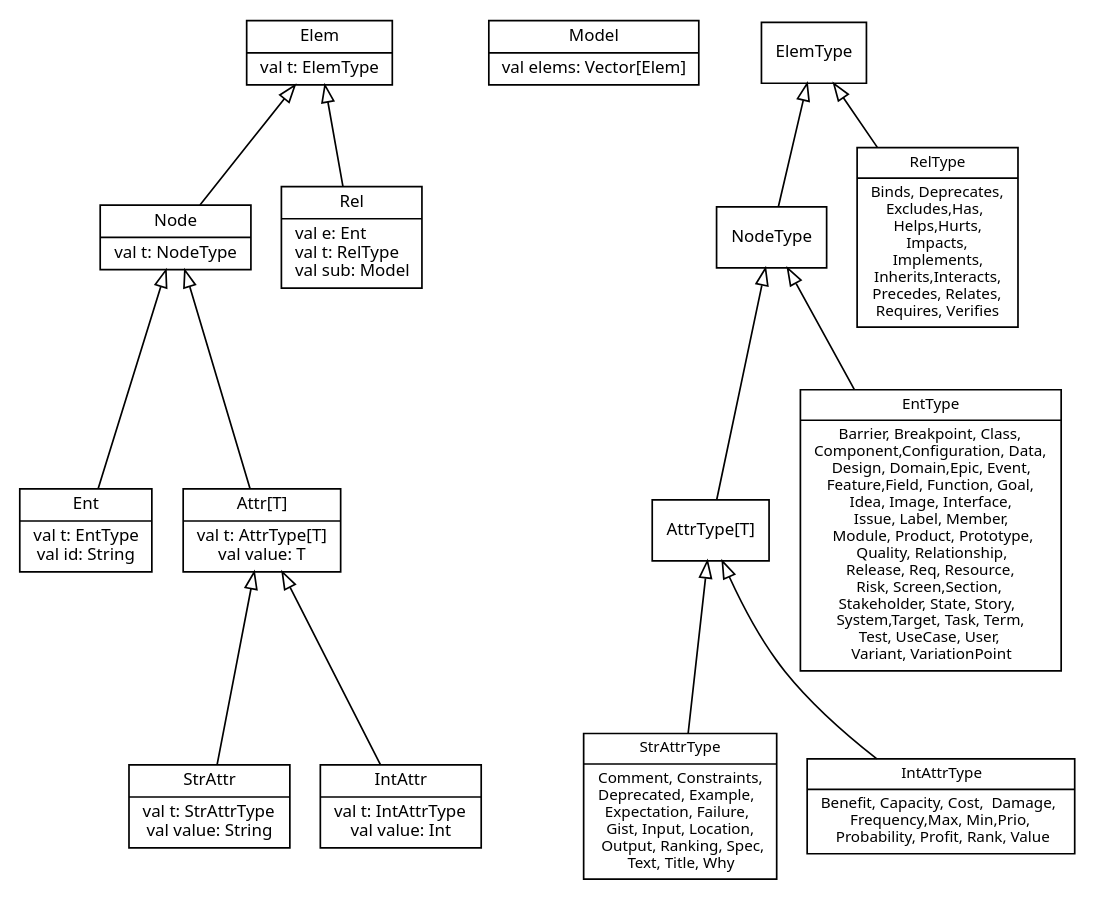
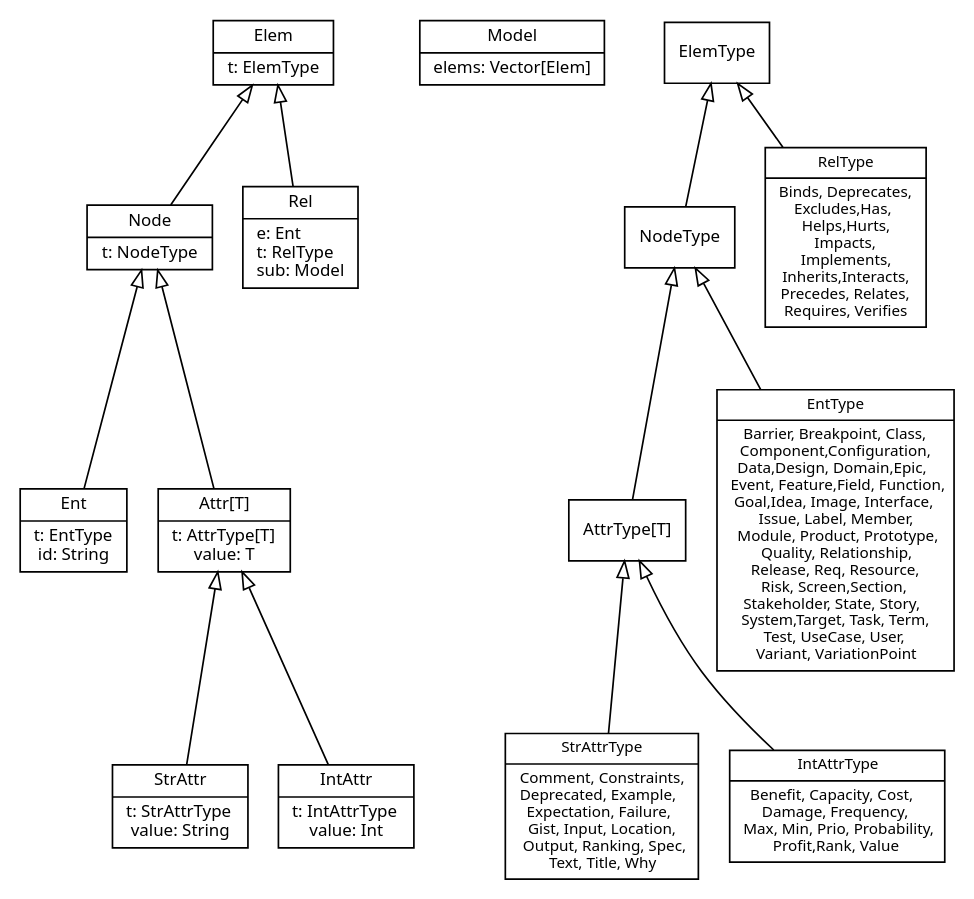
One commit to reqT/reqT-lang changed the diagram in metamodel-hierarchy.dot. Above: the diagram before and after it, drawn with Graphviz.

Commit message:
simplify metamodel diagram, remove val

```diff
--- a/metamodel-hierarchy.dot
+++ b/metamodel-hierarchy.dot
@@ -1,70 +1,70 @@
 digraph G { /* dot -T pdf -o metamodel.pdf metamodel.dot */
   fontname = "Sans"
   fontsize = 10
   rankdir = "BT"
   ordering = "out"
   nojustify = true
 
   node [
     fontname = "Sans"
     fontsize = 10
     shape = "record"
   ]
 
   edge [
     arrowhead = "empty"
   ]
  
   { rank = same;  Elem; Model; ElemType;}
   { rank = same; Node_; Rel; }
   { rank = same;  Ent; Attr;  AttrType; }
 
-  Model [label = "{Model|val elems: Vector[Elem]}" constraint=false]
-  Node_ [label = "{Node|val t: NodeType}"]
-  Ent [label = "{Ent|val t: EntType\lval id: String}"]
-  Rel [label = "{Rel|val e: Ent\lval t: RelType\lval sub: Model\l }"]
-  Attr [label = "{Attr[T]|val t: AttrType[T]\lval value: T}"]
-  StrAttr [label = "{StrAttr|val t: StrAttrType\lval value: String}"]
-  IntAttr [label = "{IntAttr|val t: IntAttrType\lval value: Int}"]
+  Model [label = "{Model|elems: Vector[Elem]}" constraint=false]
+  Node_ [label = "{Node|t: NodeType}"]
+  Ent [label = "{Ent|t: EntType\lid: String}"]
+  Rel [label = "{Rel|e: Ent\lt: RelType\lsub: Model\l }"]
+  Attr [label = "{Attr[T]|t: AttrType[T]\lvalue: T}"]
+  StrAttr [label = "{StrAttr|t: StrAttrType\lvalue: String}"]
+  IntAttr [label = "{IntAttr|t: IntAttrType\lvalue: Int}"]
 
-  Elem [label = "{Elem|val t: ElemType}"]
+  Elem [label = "{Elem|t: ElemType}"]
   NodeType [label = "{NodeType}"]
 
-  EntType[label = <{EntType|Barrier, Breakpoint, Class,<BR/> Component,Configuration, Data,<BR/>Design, Domain,Epic, Event,<BR/> Feature,Field, Function, Goal,<BR/>Idea, Image, Interface,<BR/>Issue, Label, Member,<BR/>Module, Product, Prototype,<BR/>Quality, Relationship,<BR/>Release, Req, Resource,<BR/>Risk, Screen,Section, <BR/> Stakeholder, State, Story, <BR/>  System,Target, Task, Term,<BR/>Test, UseCase, User,<BR/>Variant, VariationPoint}> fontsize = 9]
+  EntType[label = <{EntType|Barrier, Breakpoint, Class,<BR/> Component,Configuration,<BR/> Data,Design, Domain,Epic, <BR/>Event, Feature,Field, Function,<BR/> Goal,Idea, Image, Interface,<BR/>Issue, Label, Member,<BR/>Module, Product, Prototype,<BR/>Quality, Relationship,<BR/>Release, Req, Resource,<BR/>Risk, Screen,Section, <BR/> Stakeholder, State, Story, <BR/>  System,Target, Task, Term,<BR/>Test, UseCase, User,<BR/>Variant, VariationPoint}> fontsize = 9]
 
   AttrType [label = "{AttrType[T]}"]
 
   StrAttrType [fontsize = 9 label = <{StrAttrType|Comment, Constraints,<BR/> Deprecated, Example, <BR/> Expectation, Failure, <BR/>  Gist, Input, Location, <BR/>  Output, Ranking, Spec,<BR/>  Text, Title, Why}>]
 
-  IntAttrType [fontsize = 9 label = <{IntAttrType|Benefit, Capacity, Cost,  Damage, <BR/>  Frequency,Max, Min,Prio, <BR/>  Probability, Profit, Rank, Value}>]
+  IntAttrType [fontsize = 9 label = <{IntAttrType|Benefit, Capacity, Cost,   <BR/> Damage, Frequency,<BR/>Max, Min, Prio, Probability,<BR/> Profit,Rank, Value}>]
 
   RelType[label = <{RelType|Binds, Deprecates,<BR/> Excludes,Has,<BR/>Helps,Hurts,<BR/>Impacts,<BR/>Implements,<BR/>Inherits,Interacts,<BR/>Precedes, Relates,<BR/>Requires, Verifies}> fontsize = 9]
 
   Node_ -> Elem
   Rel -> Elem
   Ent -> Node_
   Attr -> Node_
   StrAttr -> Attr
   IntAttr -> Attr
 
   
   AttrType -> NodeType
   StrAttrType -> AttrType
   IntAttrType -> AttrType
 
   NodeType -> ElemType
   EntType -> NodeType
   RelType -> ElemType
 
 
 
 /*  Goal -> EntType
   Feature -> EntType
   Function -> EntType
   Data -> EntType
   OtherEnts -> EntType
   OtherEnts [ label = "..."; shape = "none"]
 
   has -> RelType
 */
 }
```
